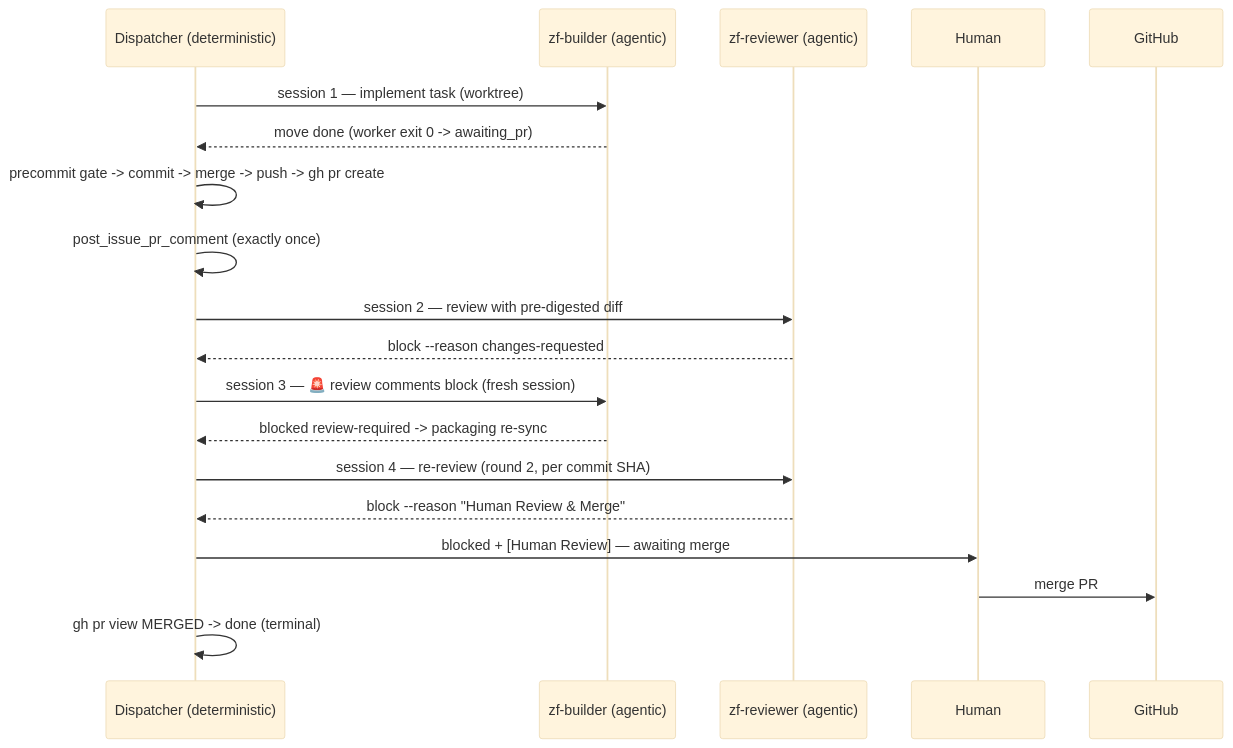
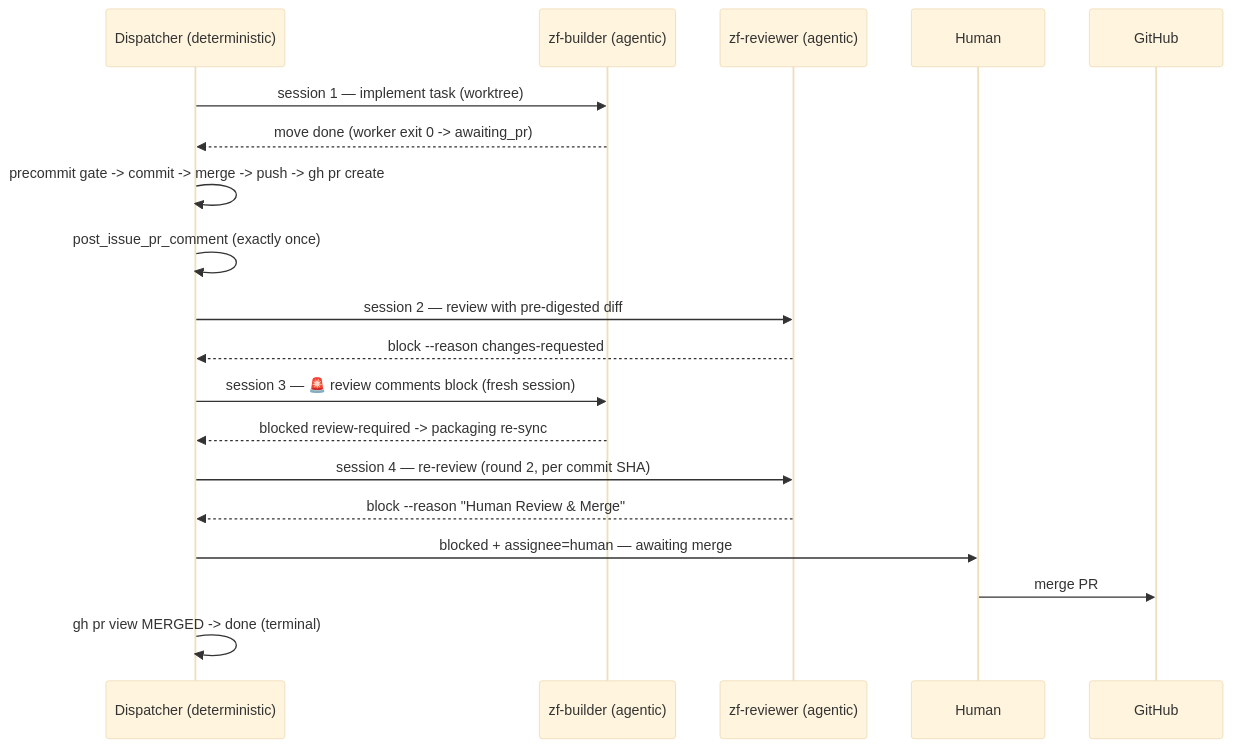
Before and after one commit to hotcode-dev/zerofactory: the fifth of 11 diagrams in docs/FLOWS.md, drawn with Mermaid (base theme). The commit also changed other lines of this file and 15 other files, not shown here.

````diff
--- a/docs/FLOWS.md
+++ b/docs/FLOWS.md
@@ -242,21 +246,21 @@
 ```mermaid
 sequenceDiagram
     participant D as Dispatcher (deterministic)
     participant B as zf-builder (agentic)
     participant R as zf-reviewer (agentic)
     participant H as Human
 
     D->>B: session 1 — implement task (worktree)
     B-->>D: move done (worker exit 0 -> awaiting_pr)
     D->>D: precommit gate -> commit -> merge -> push -> gh pr create
     D->>D: post_issue_pr_comment (exactly once)
     D->>R: session 2 — review with pre-digested diff
     R-->>D: block --reason changes-requested
     D->>B: session 3 — 🚨 review comments block (fresh session)
     B-->>D: blocked review-required -> packaging re-sync
     D->>R: session 4 — re-review (round 2, per commit SHA)
     R-->>D: block --reason "Human Review & Merge"
-    D->>H: blocked + [Human Review] — awaiting merge
+    D->>H: blocked + assignee=human — awaiting merge
     H->>GitHub: merge PR
     D->>D: gh pr view MERGED -> done (terminal)
 ```
````
